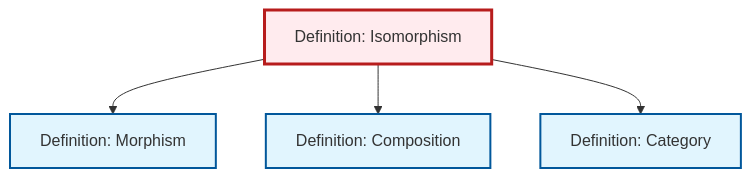
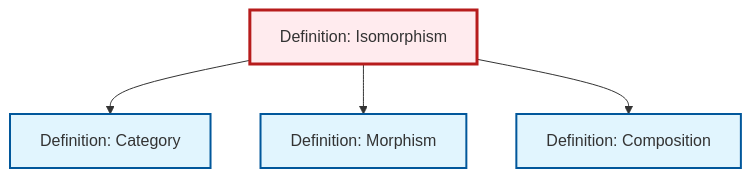
The diagram in output/mermaid/def-isomorphism.mermaid (RK0429/ModernMath), drawn with Mermaid before and after one commit. The commit also changed other lines of this file and 1188 other files, not shown here.

```diff
--- a/output/mermaid/def-isomorphism.mermaid
+++ b/output/mermaid/def-isomorphism.mermaid
@@ -1,15 +1,15 @@
 %%| fig-cap: "Local dependency graph"
 graph TD
     classDef definition fill:#e1f5fe,stroke:#01579b,stroke-width:2px
     classDef theorem fill:#f3e5f5,stroke:#4a148c,stroke-width:2px
     classDef axiom fill:#fff3e0,stroke:#e65100,stroke-width:2px
     classDef example fill:#e8f5e9,stroke:#1b5e20,stroke-width:2px
     classDef current fill:#ffebee,stroke:#b71c1c,stroke-width:3px
+    def-category["Definition: Category"]:::definition
     def-composition["Definition: Composition"]:::definition
     def-isomorphism["Definition: Isomorphism"]:::definition
     def-morphism["Definition: Morphism"]:::definition
-    def-category["Definition: Category"]:::definition
+    def-isomorphism --> def-category
     def-isomorphism --> def-morphism
     def-isomorphism --> def-composition
-    def-isomorphism --> def-category
     class def-isomorphism current
```
